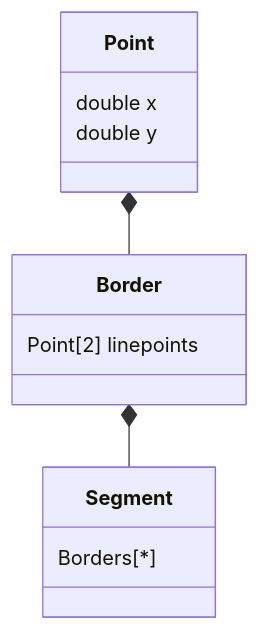
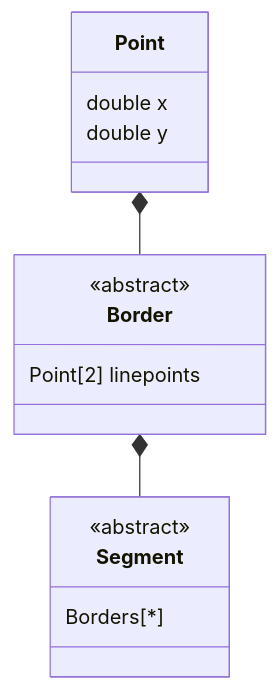
One commit to mrCorat/MapMaker changed the diagram in AbstractGeomentryObject/README.md. Above: the diagram before and after it, drawn with Mermaid.

````diff
--- a/AbstractGeomentryObject/README.md
+++ b/AbstractGeomentryObject/README.md
@@ -5,9 +5,14 @@
 ```mermaid
 classDiagram   
-Point : double x
-Point : double y
-Border : Point[2] linepoints
-Segment : Borders[*]
-Point *-- Border
-Border *-- Segment
+    class Point
+    class Border
+    class Segment
+    <<abstract>> Border
+    <<abstract>> Segment
+    Point : double x
+    Point : double y
+    Border : Point[2] linepoints
+    Segment : Borders[*]
+    Point *-- Border
+    Border *-- Segment
 ```
````
